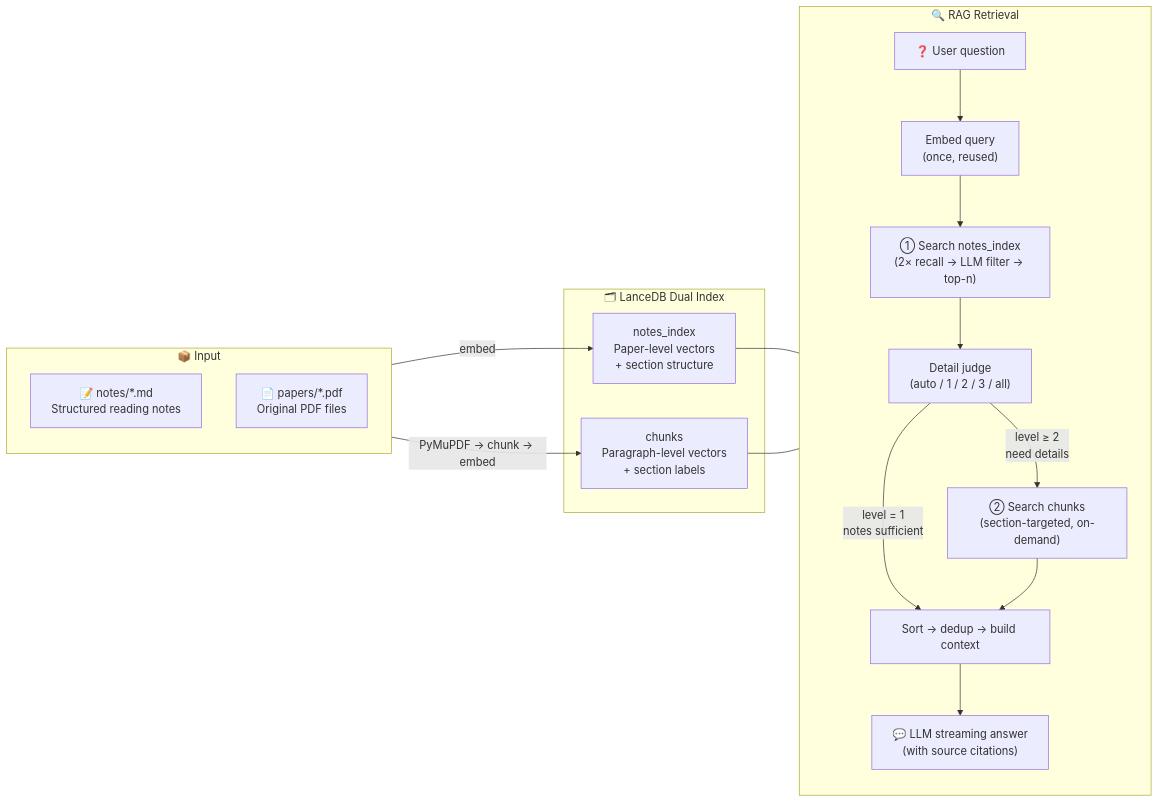
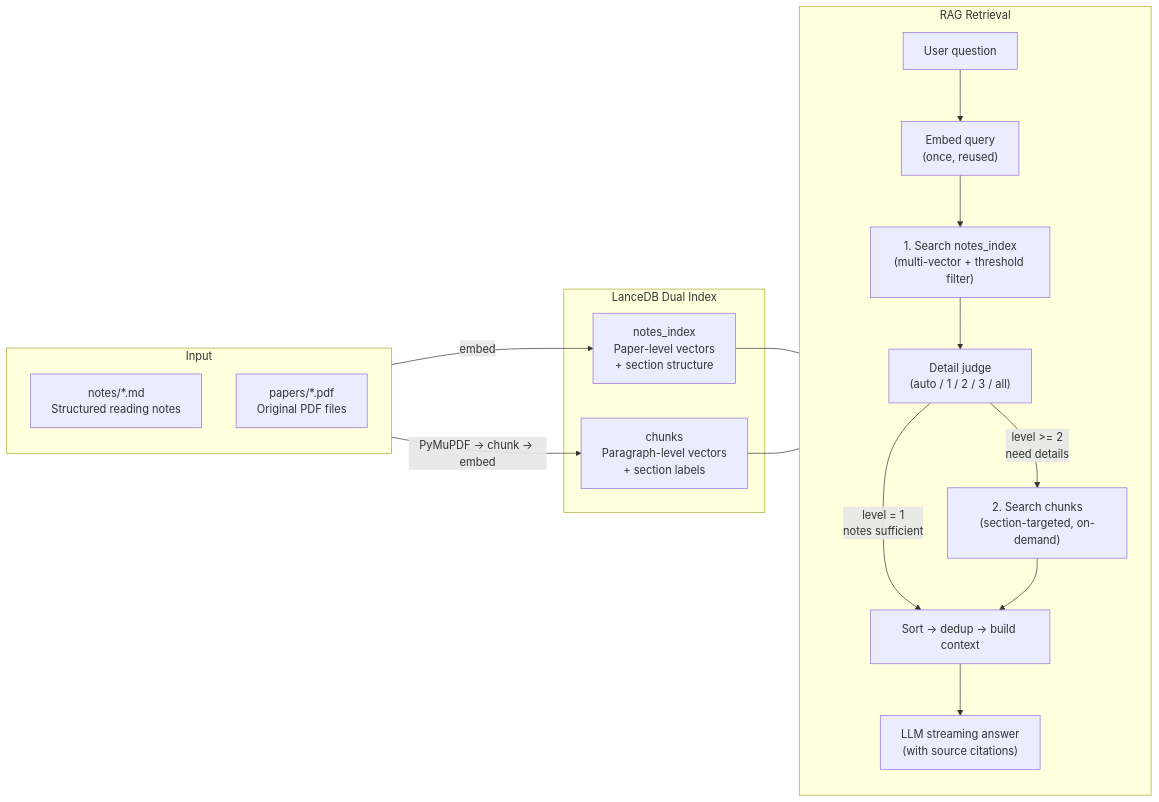
The diagram in README.md (cy8530/PaperVault), drawn with Mermaid before and after one commit. The commit also changed other lines of this file and 21 other files, not shown here.

````diff
--- a/README.md
+++ b/README.md
@@ -210,35 +378,48 @@
 ```mermaid
 flowchart LR
-    subgraph Sources["📦 Input"]
+    subgraph Sources["Input"]
         direction TB
-        notes["📝 notes/*.md<br/>Structured reading notes"]
-        pdf["📄 papers/*.pdf<br/>Original PDF files"]
+        notes["notes/*.md
+Structured reading notes"]
+        pdf["papers/*.pdf
+Original PDF files"]
     end
 
-    subgraph Index["🗂 LanceDB Dual Index"]
-        notes_idx["notes_index<br/>Paper-level vectors<br/>+ section structure"]
-        chunks_idx["chunks<br/>Paragraph-level vectors<br/>+ section labels"]
+    subgraph Index["LanceDB Dual Index"]
+        notes_idx["notes_index
+Paper-level vectors
++ section structure"]
+        chunks_idx["chunks
+Paragraph-level vectors
++ section labels"]
     end
 
-    subgraph RAG["🔍 RAG Retrieval"]
+    subgraph RAG["RAG Retrieval"]
         direction TB
-        q["❓ User question"]
-        embed["Embed query<br/>(once, reused)"]
-        s1["① Search notes_index<br/>(2× recall → LLM filter → top-n)"]
-        judge["Detail judge<br/>(auto / 1 / 2 / 3 / all)"]
-        s2["② Search chunks<br/>(section-targeted, on-demand)"]
+        q["User question"]
+        embed["Embed query
+(once, reused)"]
+        s1["1. Search notes_index
+(multi-vector + threshold filter)"]
+        judge["Detail judge
+(auto / 1 / 2 / 3 / all)"]
+        s2["2. Search chunks
+(section-targeted, on-demand)"]
         context["Sort → dedup → build context"]
-        ans["💬 LLM streaming answer<br/>(with source citations)"]
+        ans["LLM streaming answer
+(with source citations)"]
     end
 
     notes -->|"embed"| notes_idx
     pdf -->|"PyMuPDF → chunk → embed"| chunks_idx
 
     q --> embed --> s1
     notes_idx --- s1
     s1 --> judge
-    judge -->|"level = 1<br/>notes sufficient"| context
-    judge -->|"level ≥ 2<br/>need details"| s2
+    judge -->|"level = 1
+notes sufficient"| context
+    judge -->|"level >= 2
+need details"| s2
     chunks_idx --- s2
     s2 --> context --> ans
 ```
````
